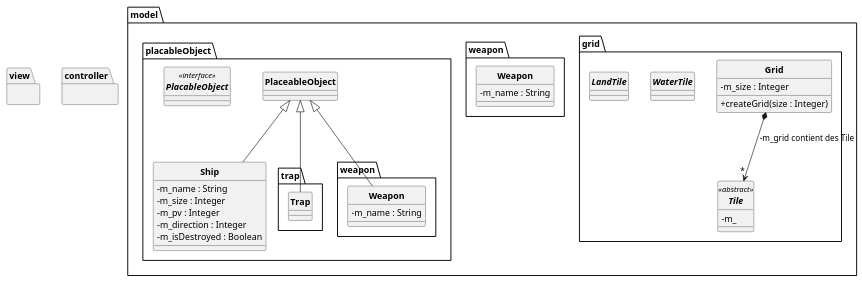
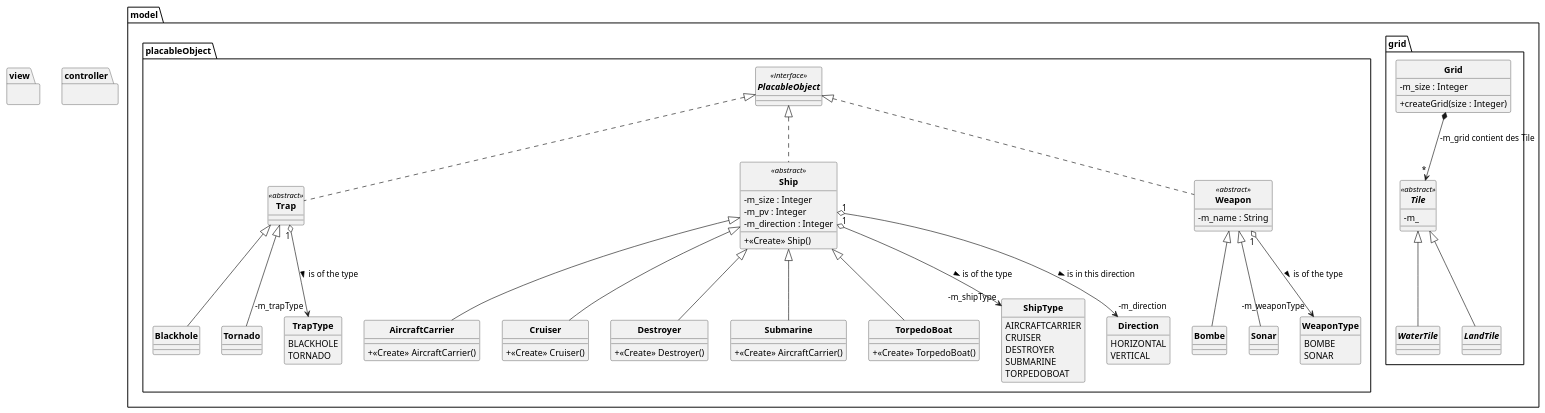
One commit to thomasbarseghian/Bataille-Navale changed the diagram in Battleship/uml/Battleship.puml. Above: the diagram before and after it, drawn with PlantUML.

Commit message:
UML : Ajout des filles pour les classe Weapon, Trap et Ship et enum correspondant

```diff
--- a/Battleship/uml/Battleship.puml
+++ b/Battleship/uml/Battleship.puml
@@ -1,83 +1,128 @@
 @startuml
 skinparam style strictuml
 skinparam classAttributeIconSize 0
 skinparam classFontStyle bold
-
+hide enum methods
 
 package view {
 }
 
 package controller {
 }
 
 package model {
     package grid {
         class Grid {
             -m_size : Integer
             +createGrid(size : Integer)
         }
 
-        class Tile {
-        }
-    }
-
-    package grid
-    {
         abstract class Tile <<abstract>>
         {
             -m_
         }
-        abstract class WaterTile
+        abstract class WaterTile extends Tile
         {
 
         }
-        abstract class LandTile
+        abstract class LandTile extends Tile
         {
 
         }
 
     }
-    package weapon
-    {
-        class Weapon
-        {
-            -m_name : String
-        }
-    }
+
     package placableObject
     {
         interface PlacableObject <<interface>>
         {
 
         }
-        package trap
+        class Trap <<abstract>> implements PlacableObject
         {
-            class Trap
-            {
-            }
+
         }
-        class Ship {
-            -m_name : String
+        class Blackhole extends Trap
+        {
+
+        }
+        class Tornado extends Trap
+        {
+
+        }
+        class Ship <<abstract>> implements PlacableObject
+        {
             -m_size : Integer
             -m_pv : Integer
             -m_direction : Integer
-            -m_isDestroyed : Boolean
+            +<<Create>> Ship()
+        }
+        class AircraftCarrier extends Ship
+        {
+            +<<Create>> AircraftCarrier()
+        }
+        class Cruiser extends Ship
+        {
+            +<<Create>> Cruiser()
+        }
+        class Destroyer extends Ship
+        {
+            +<<Create>> Destroyer()
+        }
+        class Submarine extends Ship
+        {
+            +<<Create>> AircraftCarrier()
+        }
+        class TorpedoBoat extends Ship
+        {
+            +<<Create>> TorpedoBoat()
         }
 
-        package weapon
+        class Weapon <<abstract>> implements PlacableObject
         {
-            class Weapon
-            {
-                -m_name : String
-            }
+            -m_name : String
+        }
+        class Bombe extends Weapon
+        {
+
+        }
+        class Sonar extends Weapon
+        {
+
+        }
+        enum ShipType
+        {
+        AIRCRAFTCARRIER
+        CRUISER
+        DESTROYER
+        SUBMARINE
+        TORPEDOBOAT
+        }
+        enum Direction
+        {
+        HORIZONTAL
+        VERTICAL
+        }
+        enum TrapType
+        {
+        BLACKHOLE
+        TORNADO
+        }
+        enum WeaponType
+        {
+        BOMBE
+        SONAR
         }
     }
 }
 
 
 model.grid.Grid *--> "*" model.grid.Tile : -m_grid contient des Tile
-Trap -up-|> model.placableObject.PlaceableObject
-Ship -up-|> model.placableObject.PlaceableObject
-model.placableObject.weapon.Weapon -up-|> model.placableObject.PlaceableObject
+
+model.placableObject.Trap "1" o--> "-m_trapType" model.placableObject.TrapType : > is of the type
+model.placableObject.Ship "1" o--> "-m_shipType" model.placableObject.ShipType : > is of the type
+model.placableObject.Ship "1" o--> "-m_direction" model.placableObject.Direction : > is in this direction
+model.placableObject.Weapon "1" o--> "-m_weaponType" model.placableObject.WeaponType : > is of the type
+
 
 @enduml
```
